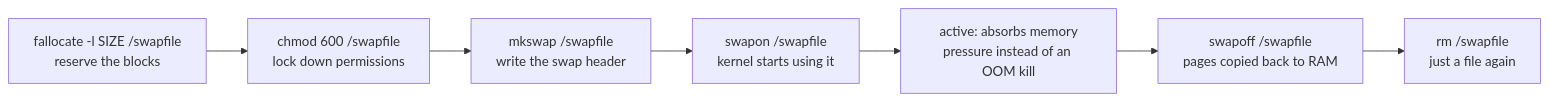
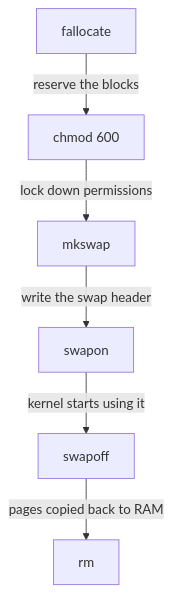
The diagram in sections/section-040/module-01/course-02-allocating-activating-deactivating.md (astrona-io/ATS004), drawn with Mermaid before and after one commit. The commit also changed other lines of this file and 287 other files, not shown here.

````diff
--- a/sections/section-040/module-01/course-02-allocating-activating-deactivating.md
+++ b/sections/section-040/module-01/course-02-allocating-activating-deactivating.md
@@ -34,9 +5,8 @@
 ```mermaid
-flowchart LR
-    A["fallocate -l SIZE /swapfile<br/>reserve the blocks"] --> B["chmod 600 /swapfile<br/>lock down permissions"]
-    B --> C["mkswap /swapfile<br/>write the swap header"]
-    C --> D["swapon /swapfile<br/>kernel starts using it"]
-    D --> E["active: absorbs memory<br/>pressure instead of an OOM kill"]
-    E --> F["swapoff /swapfile<br/>pages copied back to RAM"]
-    F --> G["rm /swapfile<br/>just a file again"]
+flowchart TB
+    A["fallocate"] -->|"reserve the blocks"| B["chmod 600"]
+    B -->|"lock down permissions"| C["mkswap"]
+    C -->|"write the swap header"| D["swapon"]
+    D -->|"kernel starts using it"| E["swapoff"]
+    E -->|"pages copied back to RAM"| F["rm"]
 ```
````
